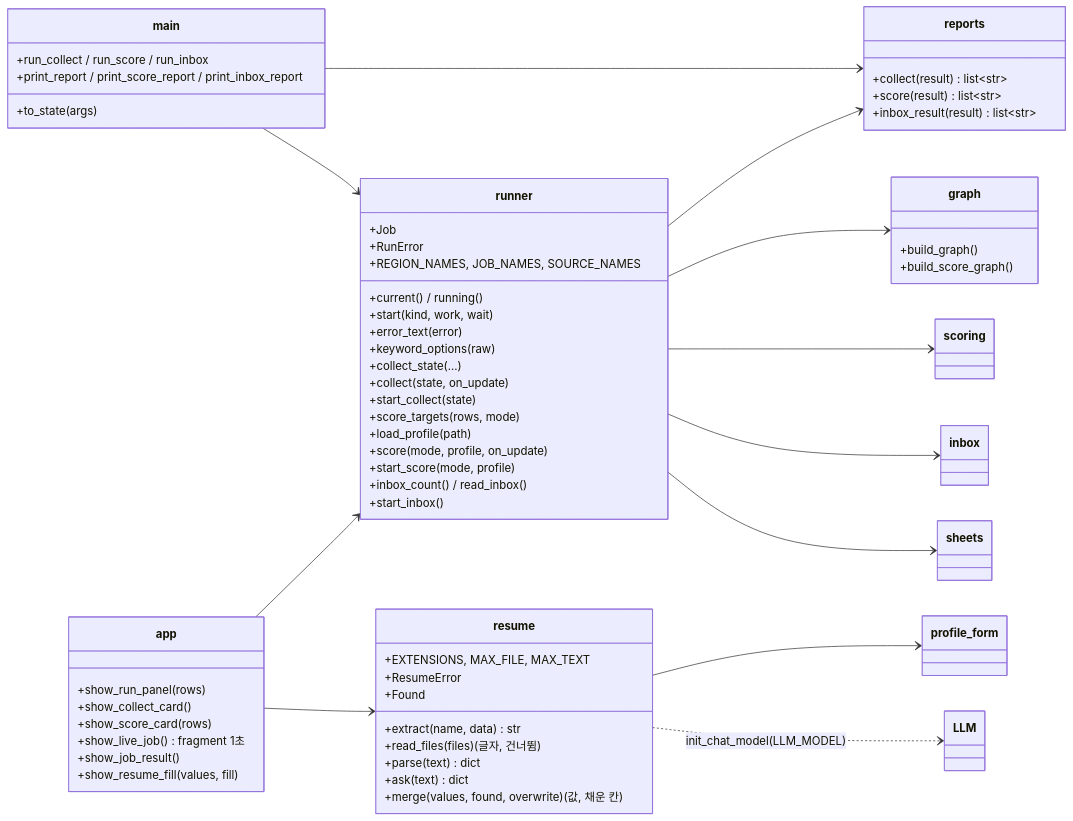
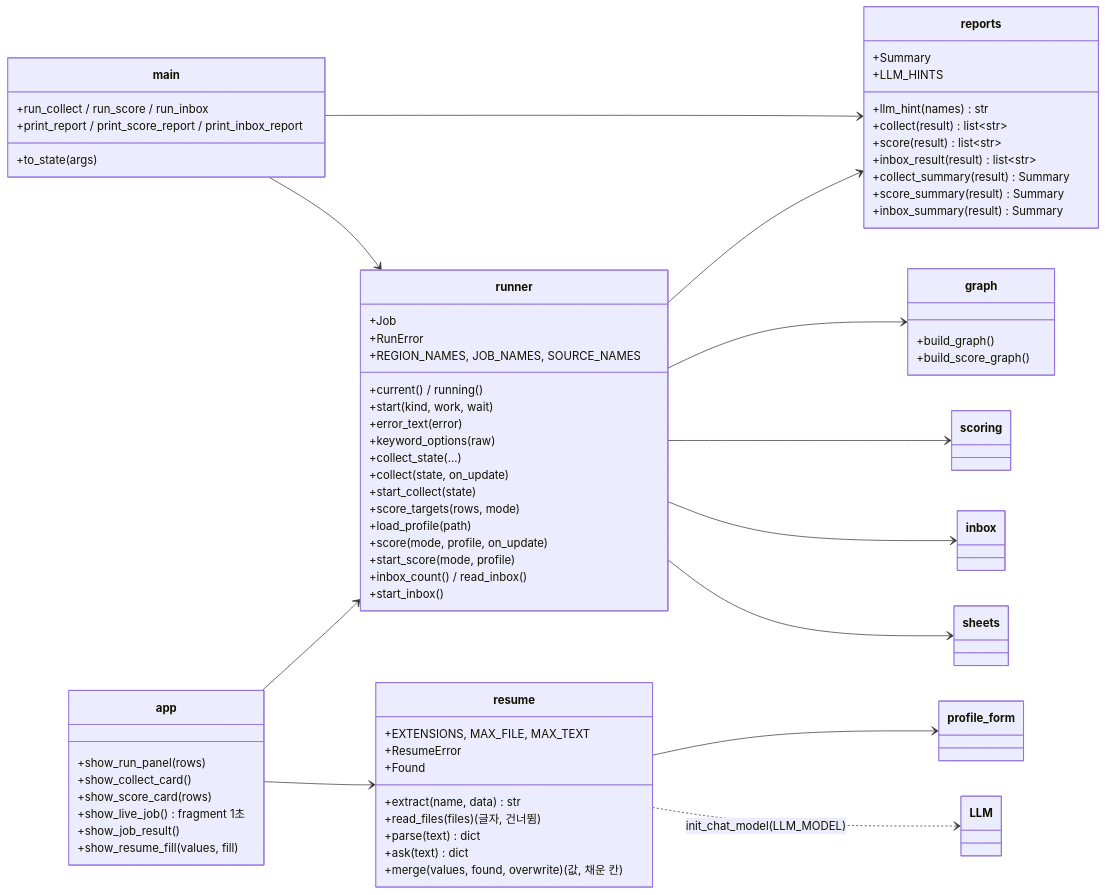
Before and after one commit to wogud98/jobvis: the first of 5 diagrams in docs/v0.5.2/02-design.md, drawn with Mermaid. The commit also changed other lines of this file and 12 other files, not shown here.

````diff
--- a/docs/v0.5.2/02-design.md
+++ b/docs/v0.5.2/02-design.md
@@ -11,66 +11,72 @@
 ```mermaid
 classDiagram
     direction LR
     class main {
         +to_state(args)
         +run_collect / run_score / run_inbox
         +print_report / print_score_report / print_inbox_report
     }
     class app {
         +show_run_panel(rows)
         +show_collect_card()
         +show_score_card(rows)
         +show_live_job() fragment 1초
         +show_job_result()
         +show_resume_fill(values, fill)
     }
     class runner {
         +Job
         +RunError
         +current() / running()
         +start(kind, work, wait)
         +error_text(error)
         +REGION_NAMES, JOB_NAMES, SOURCE_NAMES
         +keyword_options(raw)
         +collect_state(...)
         +collect(state, on_update)
         +start_collect(state)
         +score_targets(rows, mode)
         +load_profile(path)
         +score(mode, profile, on_update)
         +start_score(mode, profile)
         +inbox_count() / read_inbox()
         +start_inbox()
     }
     class reports {
+        +Summary
+        +LLM_HINTS
+        +llm_hint(names) str
         +collect(result) list~str~
         +score(result) list~str~
         +inbox_result(result) list~str~
+        +collect_summary(result) Summary
+        +score_summary(result) Summary
+        +inbox_summary(result) Summary
     }
     class resume {
         +EXTENSIONS, MAX_FILE, MAX_TEXT
         +ResumeError
         +Found
         +extract(name, data) str
         +read_files(files) (글자, 건너뜀)
         +parse(text) dict
         +ask(text) dict
         +merge(values, found, overwrite) (값, 채운 칸)
     }
     class graph {
         +build_graph()
         +build_score_graph()
     }
 
     main --> runner
     main --> reports
     app --> runner
     app --> resume
     runner --> reports
     runner --> graph
     runner --> scoring
     runner --> inbox
     runner --> sheets
     resume --> profile_form
     resume ..> LLM : init_chat_model(LLM_MODEL)
 ```
````
